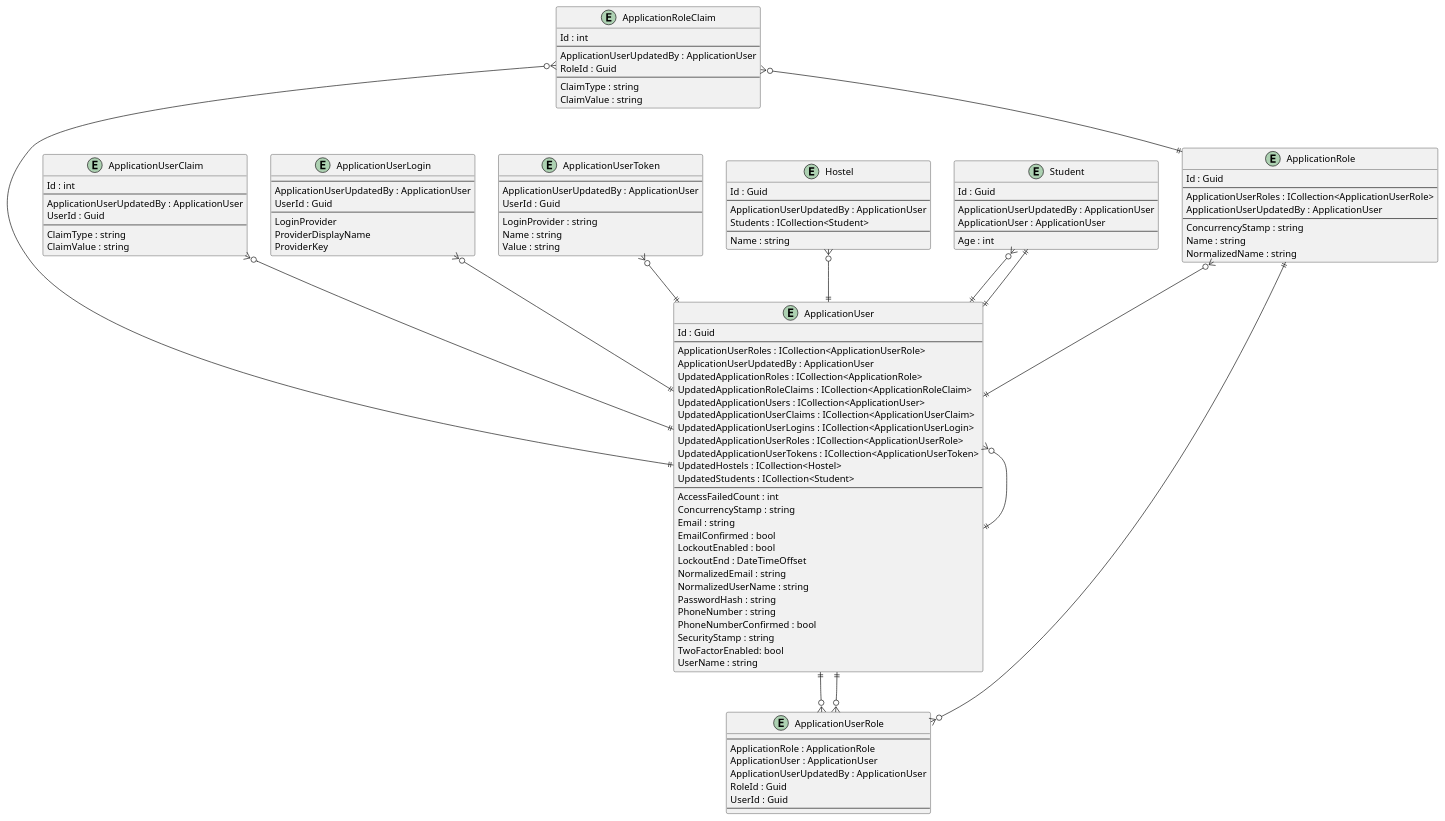
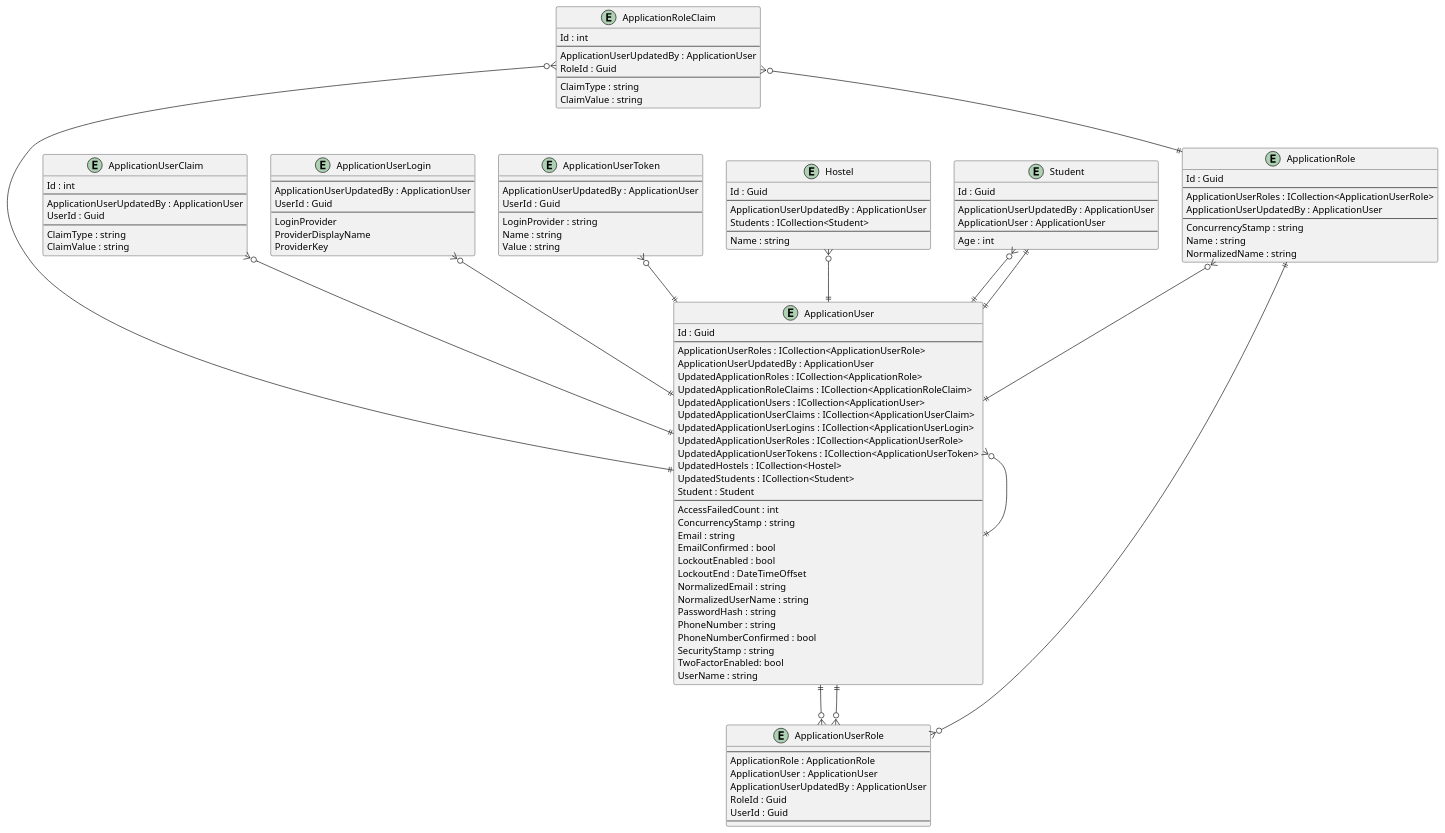
Before and after one commit to intrepion/https-code-maze.com-csharp-create-better-looking-console-applications-with-spectre-console-: the diagram in .docs/HostelStudents.pu, drawn with PlantUML.

Commit message:
gawk -i inplace "{ gsub(/' ApplicationUserKeyCodePlaceholder/, \"Student : Student\n\ \ \ \ ' ApplicationUserKeyCodePlaceholder\") }; { print }" .docs/HostelStudents.pu

```diff
--- a/.docs/HostelStudents.pu
+++ b/.docs/HostelStudents.pu
@@ -1,136 +1,137 @@
 @startuml
 
 entity ApplicationRole {
     Id : Guid
     --
     ApplicationUserRoles : ICollection<ApplicationUserRole>
     ApplicationUserUpdatedBy : ApplicationUser
     --
     ConcurrencyStamp : string
     Name : string
     NormalizedName : string
 }
 
 entity ApplicationRoleClaim {
     Id : int
     --
     ApplicationUserUpdatedBy : ApplicationUser
     RoleId : Guid
     --
     ClaimType : string
     ClaimValue : string
 }
 
 entity ApplicationUser {
     Id : Guid
     --
     ApplicationUserRoles : ICollection<ApplicationUserRole>
     ApplicationUserUpdatedBy : ApplicationUser
     UpdatedApplicationRoles : ICollection<ApplicationRole>
     UpdatedApplicationRoleClaims : ICollection<ApplicationRoleClaim>
     UpdatedApplicationUsers : ICollection<ApplicationUser>
     UpdatedApplicationUserClaims : ICollection<ApplicationUserClaim>
     UpdatedApplicationUserLogins : ICollection<ApplicationUserLogin>
     UpdatedApplicationUserRoles : ICollection<ApplicationUserRole>
     UpdatedApplicationUserTokens : ICollection<ApplicationUserToken>
     UpdatedHostels : ICollection<Hostel>
     UpdatedStudents : ICollection<Student>
+    Student : Student
     ' ApplicationUserKeyCodePlaceholder
     --
     AccessFailedCount : int
     ConcurrencyStamp : string
     Email : string
     EmailConfirmed : bool
     LockoutEnabled : bool
     LockoutEnd : DateTimeOffset
     NormalizedEmail : string
     NormalizedUserName : string
     PasswordHash : string
     PhoneNumber : string
     PhoneNumberConfirmed : bool
     SecurityStamp : string
     TwoFactorEnabled: bool
     UserName : string
 }
 
 entity ApplicationUserClaim {
     Id : int
     --
     ApplicationUserUpdatedBy : ApplicationUser
     UserId : Guid
     --
     ClaimType : string
     ClaimValue : string
 }
 
 entity ApplicationUserLogin {
     --
     ApplicationUserUpdatedBy : ApplicationUser
     UserId : Guid
     --
     LoginProvider
     ProviderDisplayName
     ProviderKey
 }
 
 entity ApplicationUserRole {
     --
     ApplicationRole : ApplicationRole
     ApplicationUser : ApplicationUser
     ApplicationUserUpdatedBy : ApplicationUser
     RoleId : Guid
     UserId : Guid
     --
 }
 
 entity ApplicationUserToken {
     --
     ApplicationUserUpdatedBy : ApplicationUser
     UserId : Guid
     --
     LoginProvider : string
     Name : string
     Value : string
 }
 
 entity Hostel {
     Id : Guid
     --
     ApplicationUserUpdatedBy : ApplicationUser
     Students : ICollection<Student>
     ' HostelKeyCodePlaceholder
     --
     Name : string
     ' HostelPropertyCodePlaceholder
 }
 
 entity Student {
     Id : Guid
     --
     ApplicationUserUpdatedBy : ApplicationUser
     ApplicationUser : ApplicationUser
     ' StudentKeyCodePlaceholder
     --
     Age : int
     ' StudentPropertyCodePlaceholder
 }
 
 ' EntityCodePlaceholder
 
 ApplicationRole ||--o{ ApplicationUserRole
 ApplicationRole }o--|| ApplicationUser
 ApplicationRoleClaim }o--|| ApplicationRole
 ApplicationRoleClaim }o--|| ApplicationUser
 ApplicationUser }o--|| ApplicationUser
 ApplicationUser ||--o{ ApplicationUserRole
 ApplicationUserClaim }o--|| ApplicationUser
 ApplicationUserLogin }o--|| ApplicationUser
 ApplicationUserRole }o--|| ApplicationUser
 ApplicationUserToken }o--|| ApplicationUser
 
 Hostel }o--|| ApplicationUser
 Student }o--|| ApplicationUser
 Student ||--|| ApplicationUser
 ' RelationshipCodePlaceholder
 
 @enduml
```
